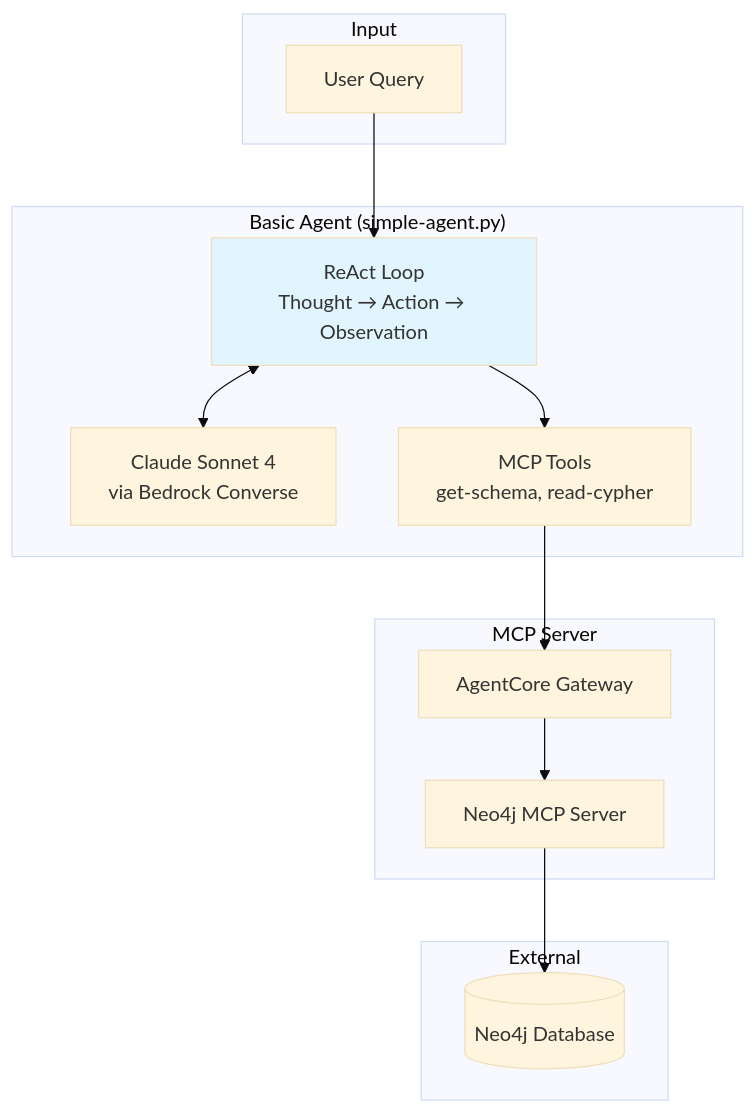
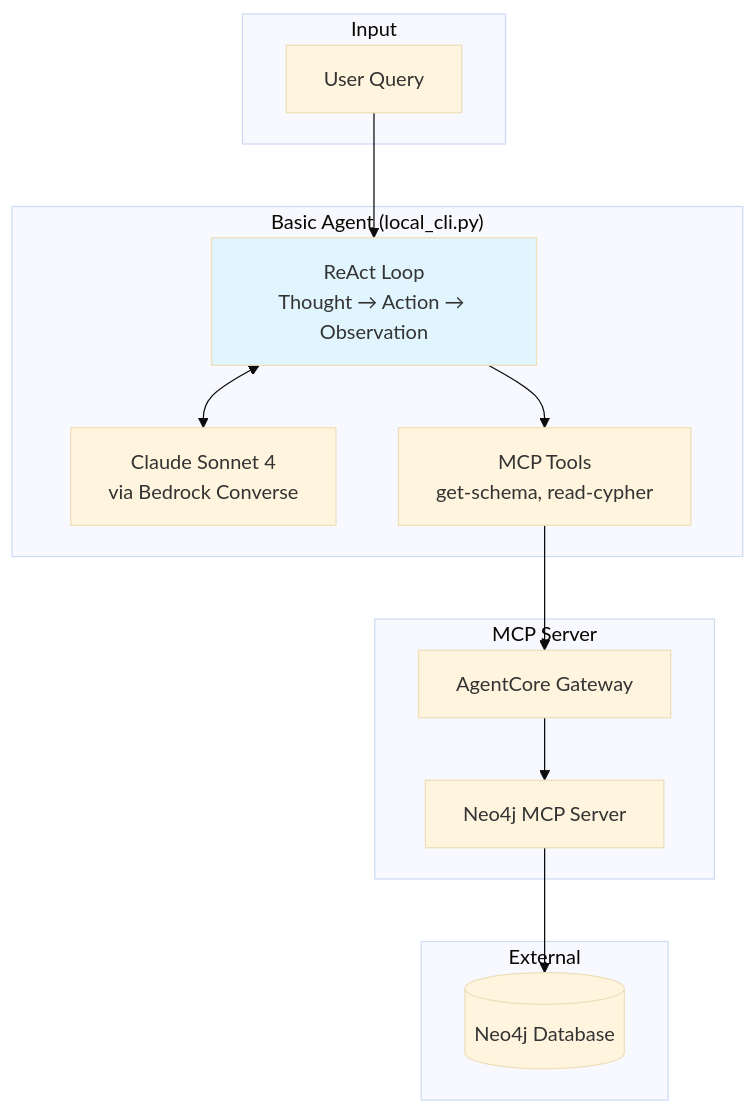
The sixth of 10 diagrams in docs/ARCHITECTURE.md (neo4j-partners/aws-starter), drawn with Mermaid (base theme) before and after one commit. The commit also changed other lines of this file and 23 other files, not shown here.

````diff
--- a/docs/ARCHITECTURE.md
+++ b/docs/ARCHITECTURE.md
@@ -377,30 +377,30 @@
 ```mermaid
 flowchart TB
     subgraph Input["Input"]
         USER[User Query]
     end
 
-    subgraph BasicAgent["Basic Agent (simple-agent.py)"]
+    subgraph BasicAgent["Basic Agent (local_cli.py)"]
         LLM[Claude Sonnet 4<br/>via Bedrock Converse]
         REACT[ReAct Loop<br/>Thought → Action → Observation]
         TOOLS[MCP Tools<br/>get-schema, read-cypher]
     end
 
     subgraph MCP["MCP Server"]
         GATEWAY[AgentCore Gateway]
         MCPSERVER[Neo4j MCP Server]
     end
 
     subgraph External["External"]
         NEO4J[(Neo4j Database)]
     end
 
     USER --> REACT
     REACT <--> LLM
     REACT --> TOOLS
     TOOLS --> GATEWAY
     GATEWAY --> MCPSERVER
     MCPSERVER --> NEO4J
 
     style REACT fill:#e1f5fe
 ```
````
